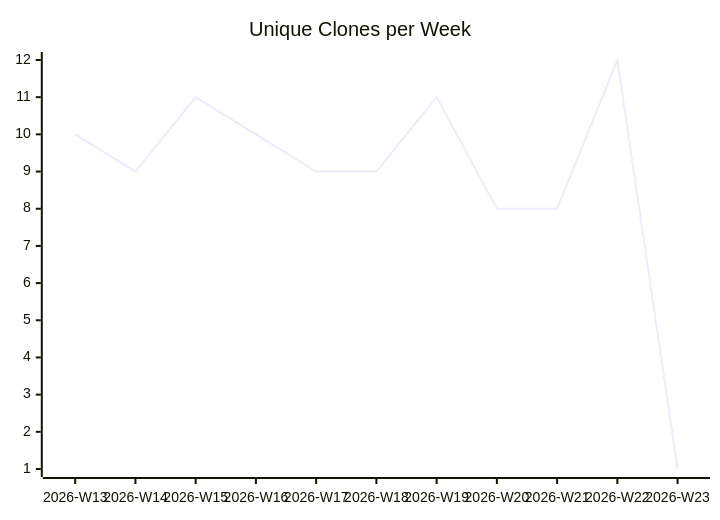
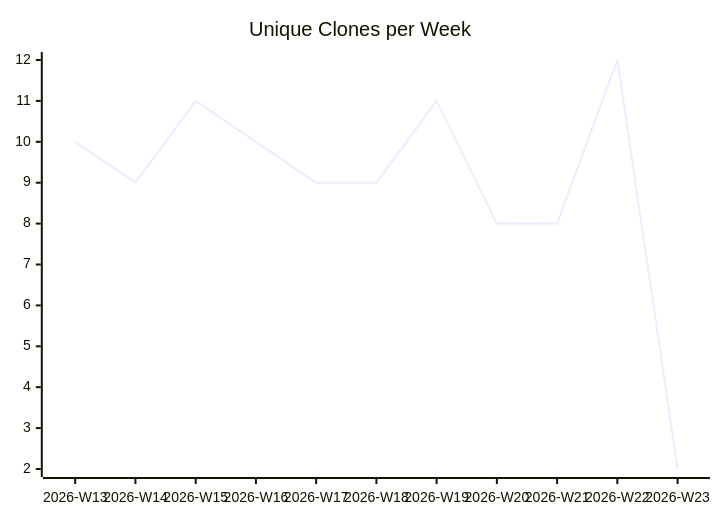
One commit to justdavis-family/github-analytics-data changed the third of 3 diagrams in karlmdavis/usgs-water-api-java/README.md. Above: the diagram before and after it, drawn with Mermaid. The commit also changed other lines of this file and 186 other files, not shown here.

````diff
--- a/karlmdavis/usgs-water-api-java/README.md
+++ b/karlmdavis/usgs-water-api-java/README.md
@@ -19,6 +19,6 @@
 ```mermaid
 xychart-beta
   title "Unique Clones per Week"
   x-axis ["2026-W13", "2026-W14", "2026-W15", "2026-W16", "2026-W17", "2026-W18", "2026-W19", "2026-W20", "2026-W21", "2026-W22", "2026-W23"]
-  line [10, 9, 11, 10, 9, 9, 11, 8, 8, 12, 1]
+  line [10, 9, 11, 10, 9, 9, 11, 8, 8, 12, 2]
 ```
````
